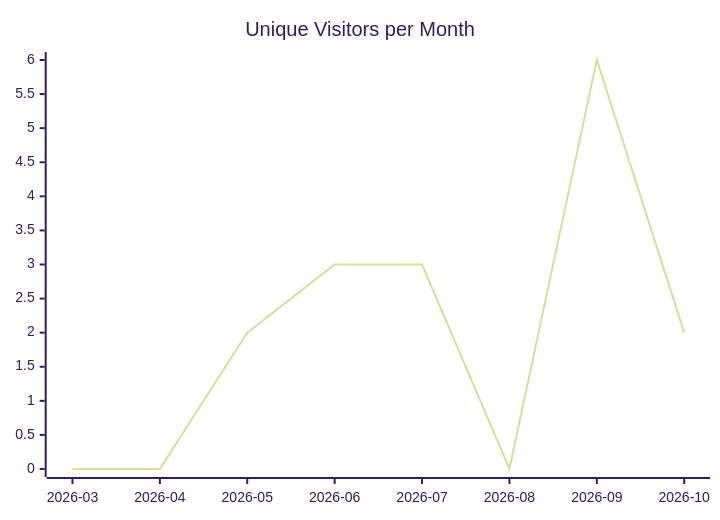
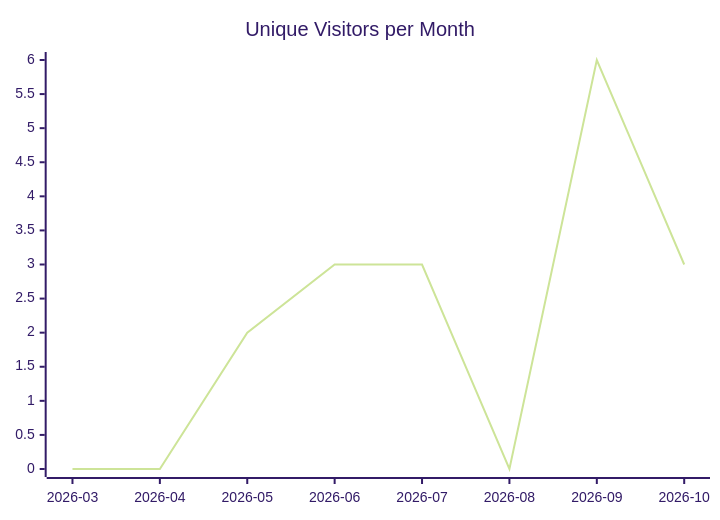
The first of 3 diagrams in karlmdavis/justdavis-karl/README.md (justdavis-family/github-analytics-data), drawn with Mermaid (forest theme) before and after one commit. The commit also changed other lines of this file and 198 other files, not shown here.

````diff
--- a/karlmdavis/justdavis-karl/README.md
+++ b/karlmdavis/justdavis-karl/README.md
@@ -5,6 +5,6 @@
 ```mermaid
 xychart-beta
   title "Unique Visitors per Month"
   x-axis ["2026-03", "2026-04", "2026-05", "2026-06", "2026-07", "2026-08", "2026-09", "2026-10"]
-  line [0, 0, 2, 3, 3, 0, 6, 2]
+  line [0, 0, 2, 3, 3, 0, 6, 3]
 ```
````
